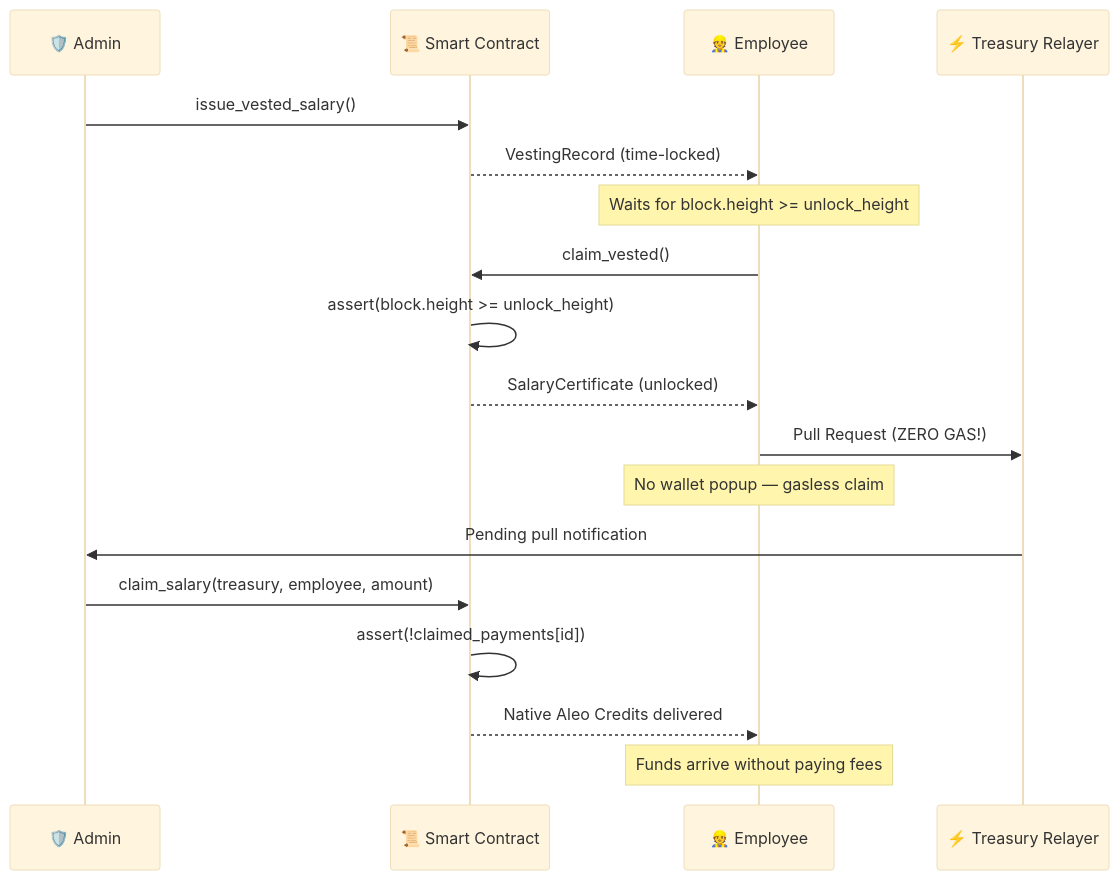
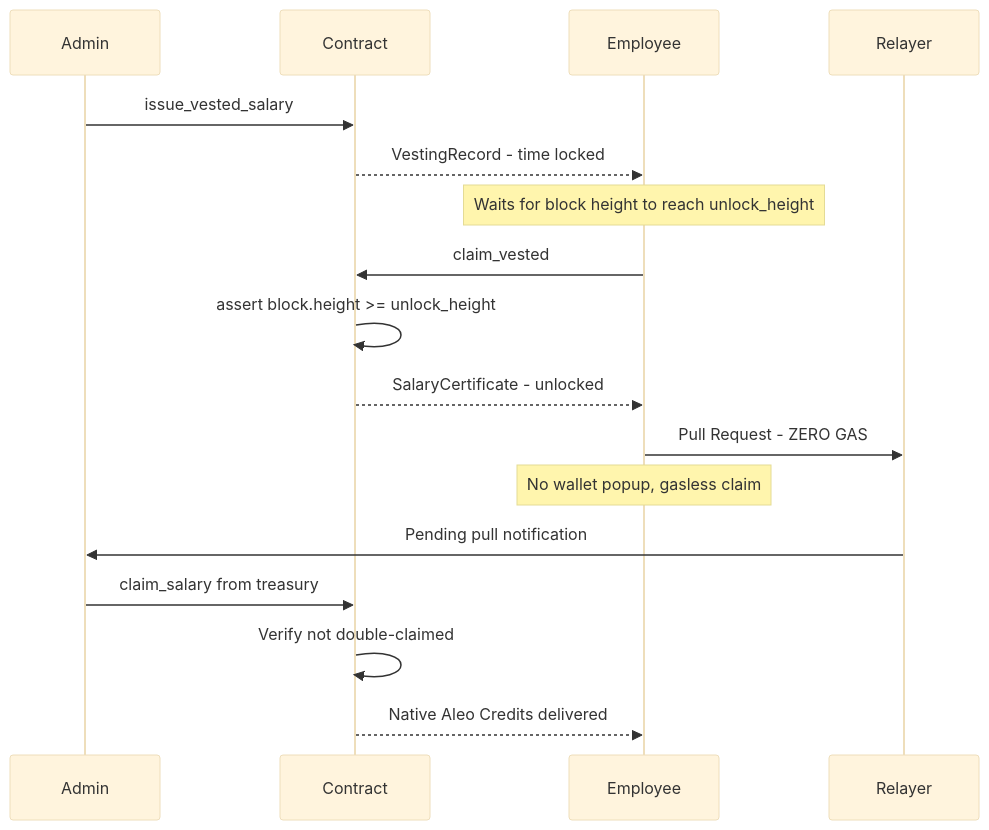
The third of 6 diagrams in README.md (PhanTom497/zk_payroll), drawn with Mermaid (base theme) before and after one commit. The commit also changed other lines of this file, not shown here.

````diff
--- a/README.md
+++ b/README.md
@@ -156,26 +162,24 @@
 ```mermaid
 sequenceDiagram
-    participant Admin as 🛡️ Admin
-    participant Contract as 📜 Smart Contract
-    participant Employee as 👷 Employee
-    participant Relayer as ⚡ Treasury Relayer
+    participant Admin
+    participant Contract
+    participant Employee
+    participant Relayer
 
-    Admin->>Contract: issue_vested_salary()
-    Contract-->>Employee: VestingRecord (time-locked)
+    Admin->>Contract: issue_vested_salary
+    Contract-->>Employee: VestingRecord - time locked
 
-    Note over Employee: Waits for block.height >= unlock_height
+    Note over Employee: Waits for block height to reach unlock_height
 
-    Employee->>Contract: claim_vested()
-    Contract->>Contract: assert(block.height >= unlock_height)
-    Contract-->>Employee: SalaryCertificate (unlocked)
+    Employee->>Contract: claim_vested
+    Contract->>Contract: assert block.height >= unlock_height
+    Contract-->>Employee: SalaryCertificate - unlocked
 
-    Employee->>Relayer: Pull Request (ZERO GAS!)
-    Note over Employee: No wallet popup — gasless claim
+    Employee->>Relayer: Pull Request - ZERO GAS
+    Note over Employee: No wallet popup, gasless claim
 
     Relayer->>Admin: Pending pull notification
-    Admin->>Contract: claim_salary(treasury, employee, amount)
-    Contract->>Contract: assert(!claimed_payments[id])
+    Admin->>Contract: claim_salary from treasury
+    Contract->>Contract: Verify not double-claimed
     Contract-->>Employee: Native Aleo Credits delivered
-
-    Note over Employee: Funds arrive without paying fees
 ```
````
